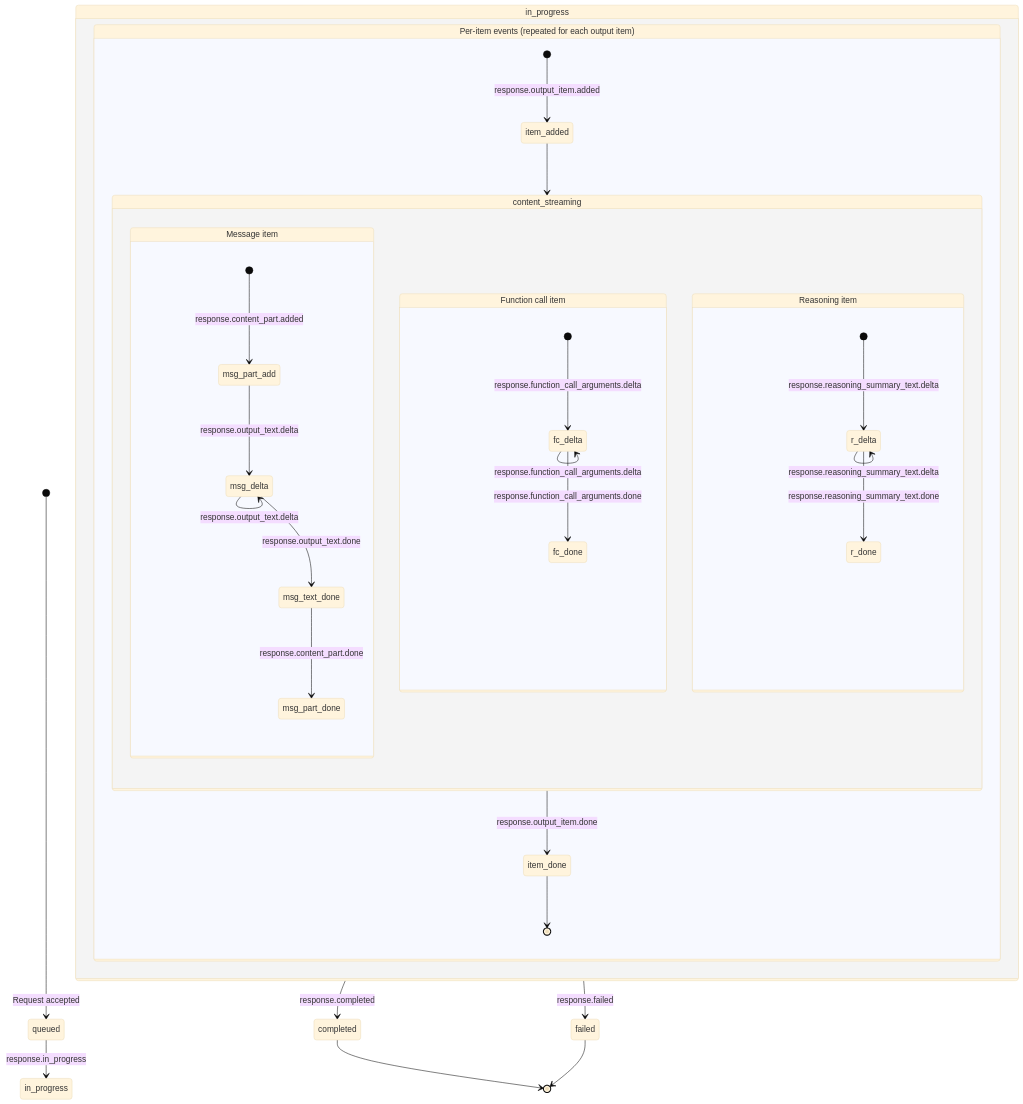
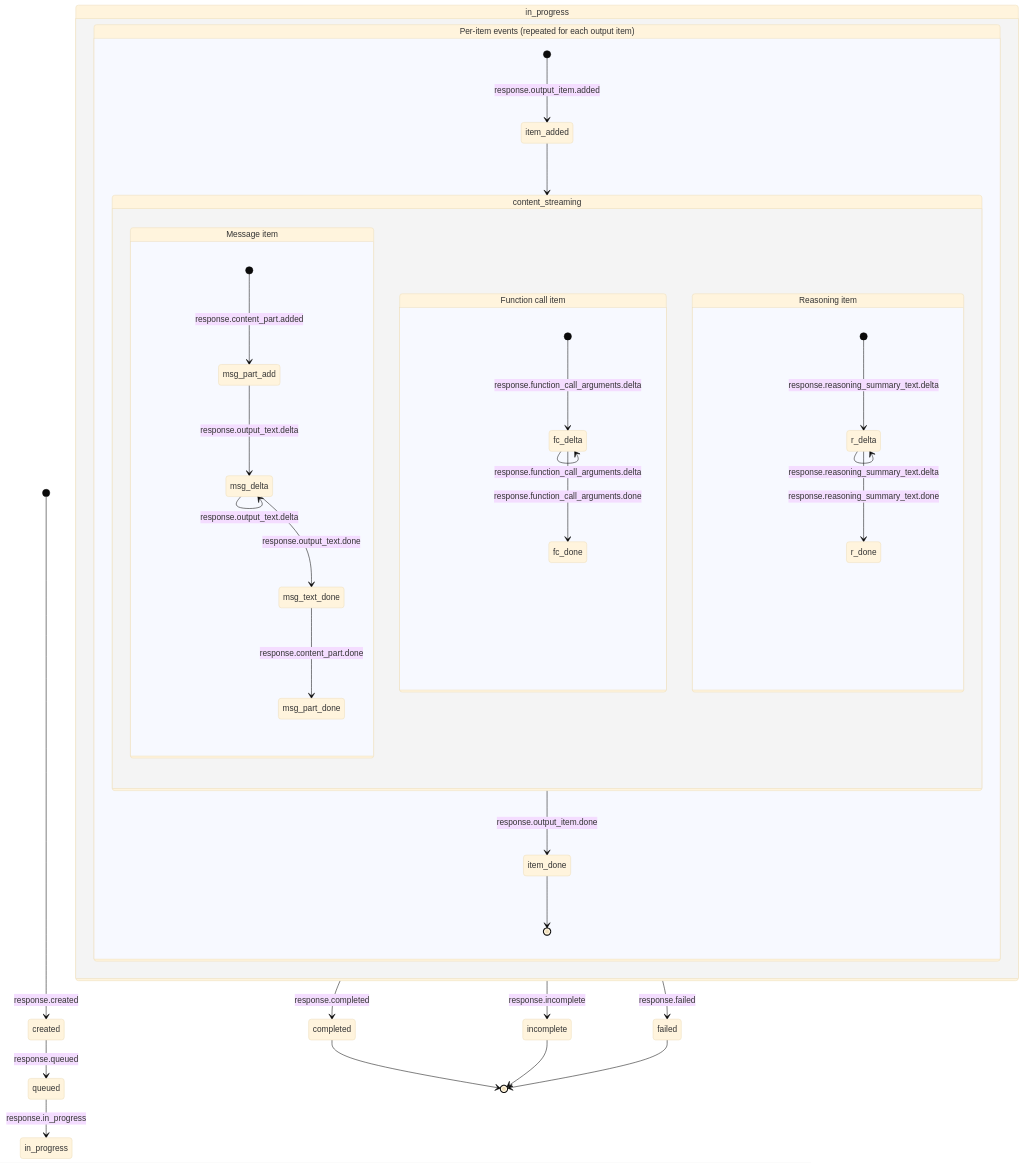
One commit to TheKicker25/skills changed the first of 3 diagrams in open-responses/references/state-machines-and-streaming.md. Above: the diagram before and after it, drawn with Mermaid (base theme). The commit also changed other lines of this file and 3 other files, not shown here.

````diff
--- a/open-responses/references/state-machines-and-streaming.md
+++ b/open-responses/references/state-machines-and-streaming.md
@@ -11,49 +11,52 @@
 ```mermaid
 stateDiagram-v2
-    [*] --> queued : Request accepted
+    [*] --> created : response.created
+    created --> queued : response.queued
 
     queued --> in_progress : response.in_progress
 
     state "in_progress" as ip {
         direction TB
 
         state "Per-item events (repeated for each output item)" as item_events {
             direction TB
             [*] --> item_added : response.output_item.added
             item_added --> content_streaming
 
             state content_streaming {
                 direction TB
 
                 state "Message item" as msg {
                     [*] --> msg_part_add : response.content_part.added
                     msg_part_add --> msg_delta : response.output_text.delta
                     msg_delta --> msg_delta : response.output_text.delta
                     msg_delta --> msg_text_done : response.output_text.done
                     msg_text_done --> msg_part_done : response.content_part.done
                 }
 
                 state "Function call item" as fc {
                     [*] --> fc_delta : response.function_call_arguments.delta
                     fc_delta --> fc_delta : response.function_call_arguments.delta
                     fc_delta --> fc_done : response.function_call_arguments.done
                 }
 
                 state "Reasoning item" as reason {
                     [*] --> r_delta : response.reasoning_summary_text.delta
                     r_delta --> r_delta : response.reasoning_summary_text.delta
                     r_delta --> r_done : response.reasoning_summary_text.done
                 }
             }
 
             content_streaming --> item_done : response.output_item.done
             item_done --> [*]
         }
     }
 
     ip --> completed : response.completed
+    ip --> incomplete : response.incomplete
     ip --> failed : response.failed
 
     completed --> [*]
+    incomplete --> [*]
     failed --> [*]
 ```
````
